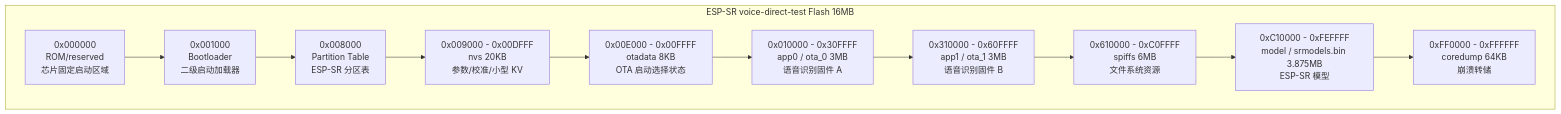
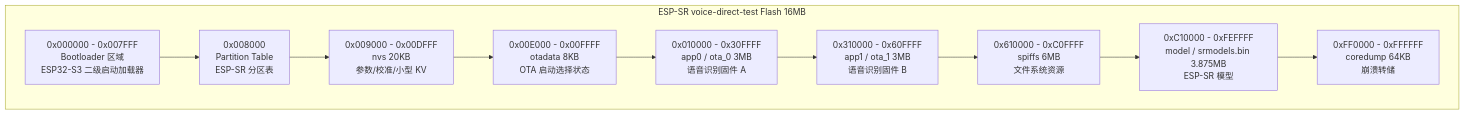
One commit to Yangth1993/BikeMB changed the seventh of 7 diagrams in docs/software-architecture.md. Above: the diagram before and after it, drawn with Mermaid. The commit also changed other lines of this file and 23 other files, not shown here.

````diff
--- a/docs/software-architecture.md
+++ b/docs/software-architecture.md
@@ -494,16 +574,15 @@
 ```mermaid
 flowchart TB
   subgraph SR_FLASH["ESP-SR voice-direct-test Flash 16MB"]
-    S0["0x000000<br/>ROM/reserved<br/>芯片固定启动区域"]
-    S1["0x001000<br/>Bootloader<br/>二级启动加载器"]
+    S1["0x000000 - 0x007FFF<br/>Bootloader 区域<br/>ESP32-S3 二级启动加载器"]
     S2["0x008000<br/>Partition Table<br/>ESP-SR 分区表"]
     S3["0x009000 - 0x00DFFF<br/>nvs 20KB<br/>参数/校准/小型 KV"]
     S4["0x00E000 - 0x00FFFF<br/>otadata 8KB<br/>OTA 启动选择状态"]
     S5["0x010000 - 0x30FFFF<br/>app0 / ota_0 3MB<br/>语音识别固件 A"]
     S6["0x310000 - 0x60FFFF<br/>app1 / ota_1 3MB<br/>语音识别固件 B"]
     S7["0x610000 - 0xC0FFFF<br/>spiffs 6MB<br/>文件系统资源"]
     S8["0xC10000 - 0xFEFFFF<br/>model / srmodels.bin 3.875MB<br/>ESP-SR 模型"]
     S9["0xFF0000 - 0xFFFFFF<br/>coredump 64KB<br/>崩溃转储"]
   end
-  S0 --> S1 --> S2 --> S3 --> S4 --> S5 --> S6 --> S7 --> S8 --> S9
+  S1 --> S2 --> S3 --> S4 --> S5 --> S6 --> S7 --> S8 --> S9
 ```
````
